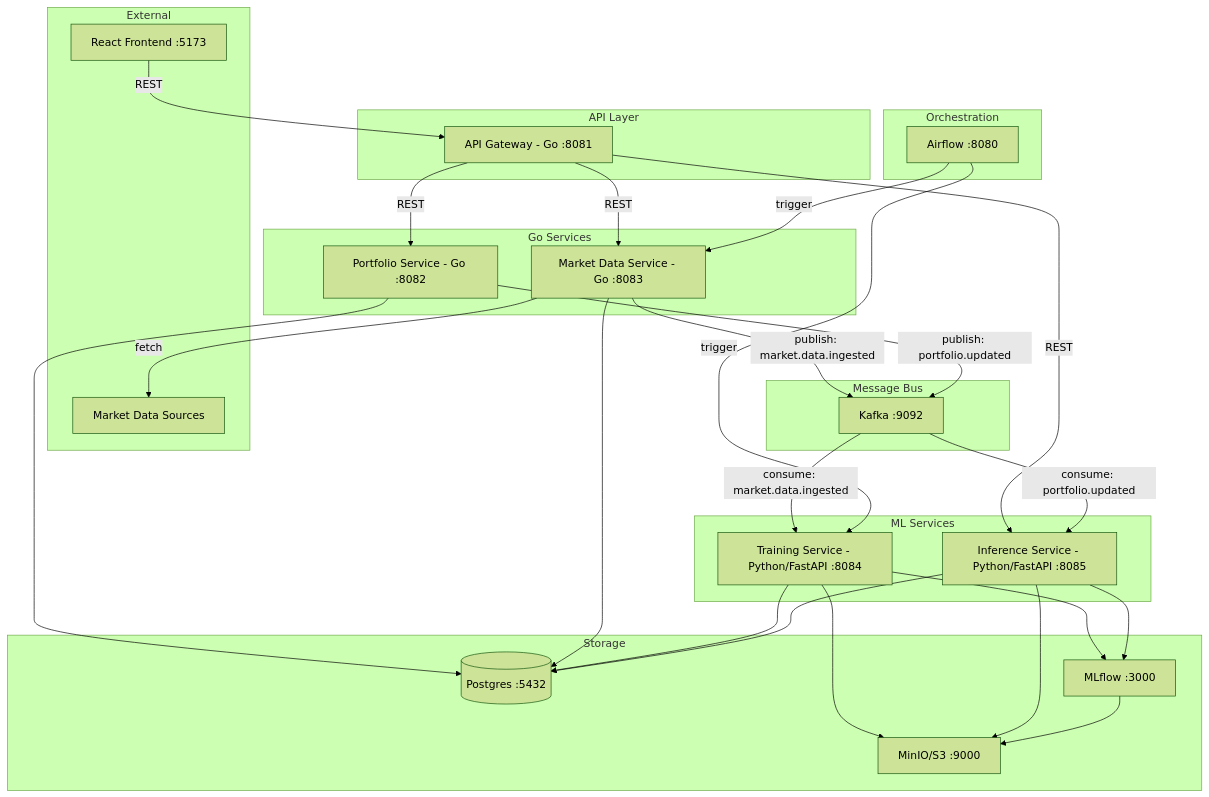
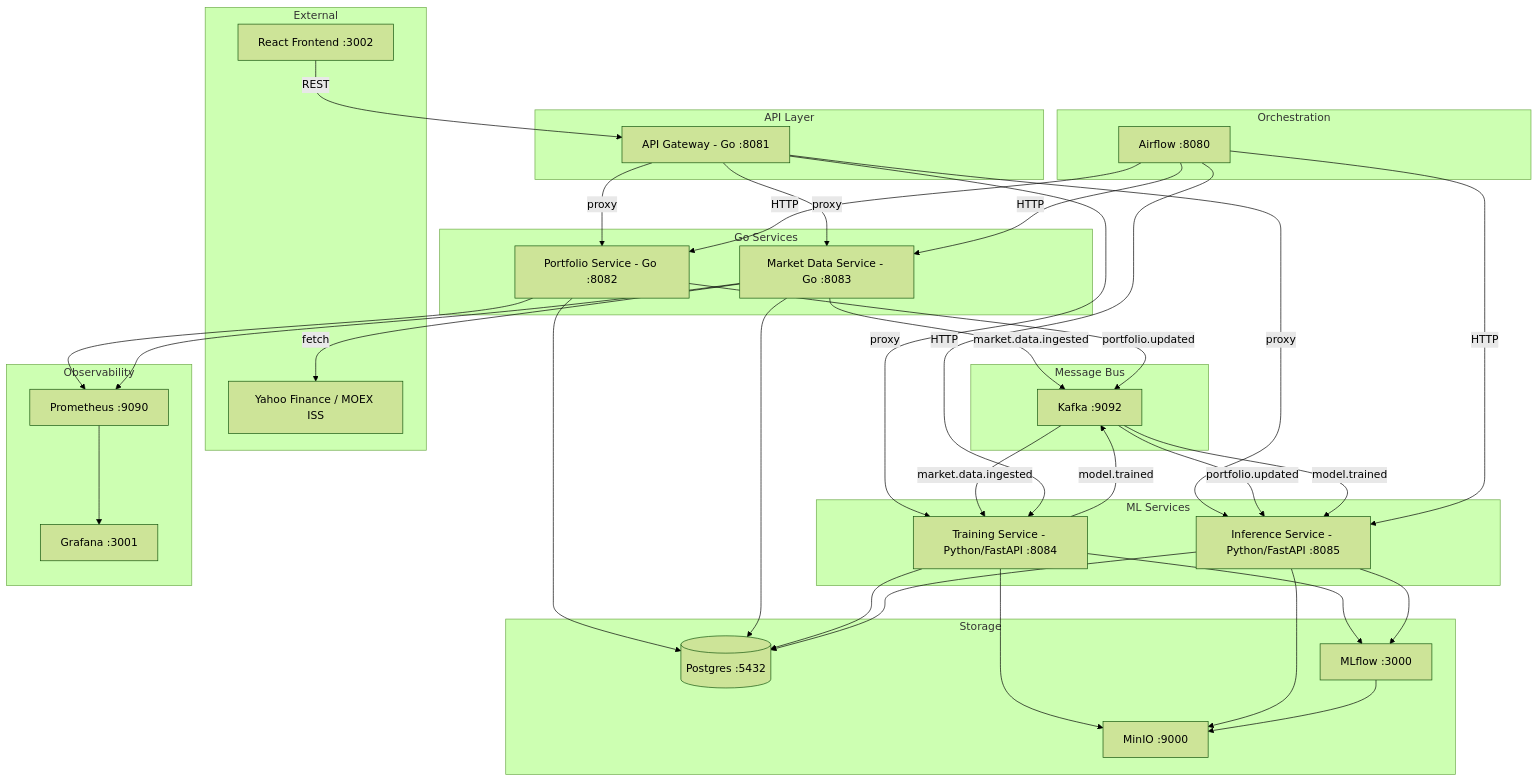
The diagram in plans/architecture-plan.md (khadzakos/riskops), drawn with Mermaid (forest theme) before and after one commit. The commit also changed other lines of this file and 3 other files, not shown here.

````diff
--- a/plans/architecture-plan.md
+++ b/plans/architecture-plan.md
@@ -25,60 +5,75 @@
 ```mermaid
 graph TB
     subgraph External
-        UI[React Frontend :5173]
-        DATASRC[Market Data Sources]
+        UI[React Frontend :3002]
+        DATASRC[Yahoo Finance / MOEX ISS]
     end
 
     subgraph API Layer
         GW[API Gateway - Go :8081]
     end
 
     subgraph Go Services
         PS[Portfolio Service - Go :8082]
         MDS[Market Data Service - Go :8083]
     end
 
     subgraph ML Services
         TS[Training Service - Python/FastAPI :8084]
         IS[Inference Service - Python/FastAPI :8085]
     end
 
     subgraph Orchestration
         AF[Airflow :8080]
     end
 
     subgraph Message Bus
         KF[Kafka :9092]
     end
 
     subgraph Storage
         PG[(Postgres :5432)]
         MLF[MLflow :3000]
-        S3[MinIO/S3 :9000]
+        S3[MinIO :9000]
+    end
+
+    subgraph Observability
+        PR[Prometheus :9090]
+        GR[Grafana :3001]
     end
 
     UI -->|REST| GW
-    GW -->|REST| PS
-    GW -->|REST| MDS
-    GW -->|REST| IS
+    GW -->|proxy| PS
+    GW -->|proxy| MDS
+    GW -->|proxy| IS
+    GW -->|proxy| TS
 
     MDS -->|fetch| DATASRC
-    MDS -->|publish: market.data.ingested| KF
-    PS -->|publish: portfolio.updated| KF
+    MDS -->|market.data.ingested| KF
+    PS -->|portfolio.updated| KF
 
-    KF -->|consume: market.data.ingested| TS
-    KF -->|consume: portfolio.updated| IS
+    KF -->|market.data.ingested| TS
+    KF -->|portfolio.updated| IS
+    KF -->|model.trained| IS
 
-    AF -->|trigger| TS
-    AF -->|trigger| MDS
+    TS -->|model.trained| KF
+
+    AF -->|HTTP| MDS
+    AF -->|HTTP| TS
+    AF -->|HTTP| IS
+    AF -->|HTTP| PS
 
     PS --> PG
     MDS --> PG
     TS --> PG
     TS --> MLF
     TS --> S3
     IS --> PG
     IS --> MLF
     IS --> S3
     MLF --> S3
+
+    PS --> PR
+    MDS --> PR
+    PR --> GR
 ```
````
